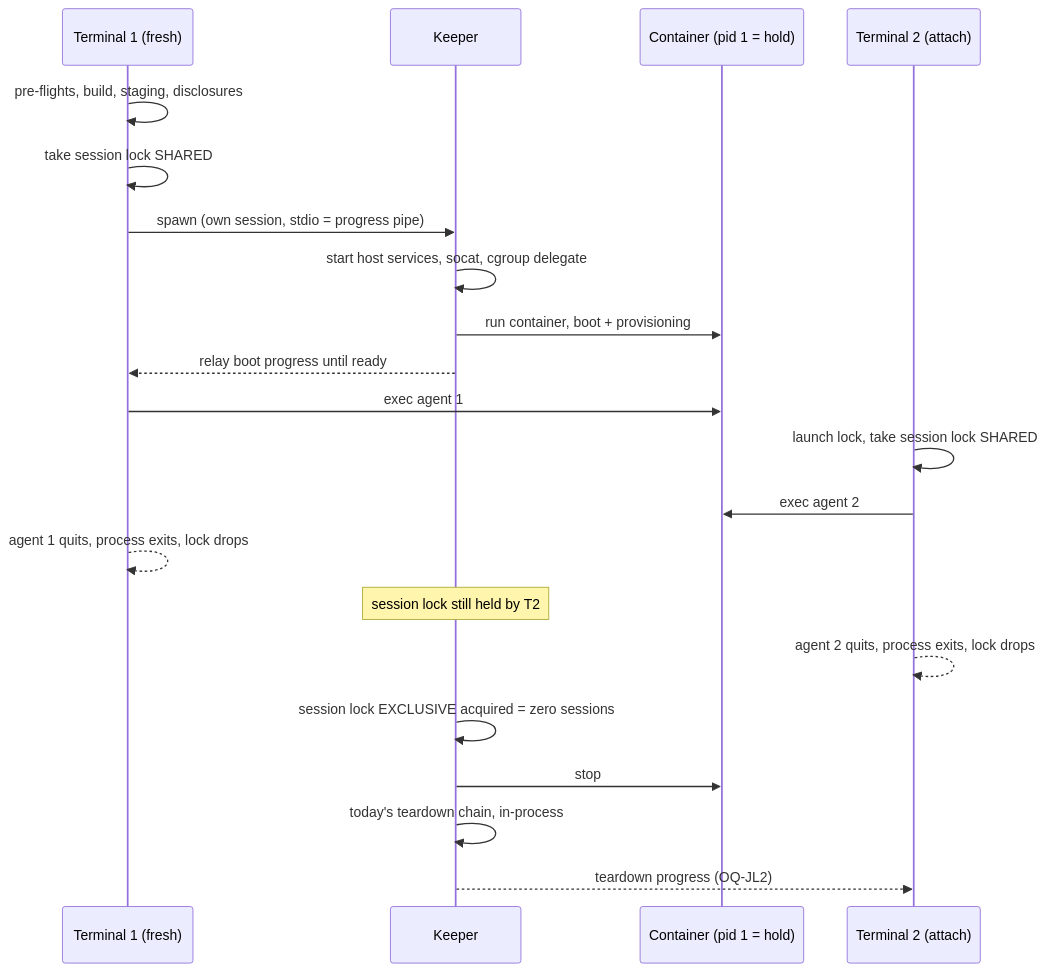
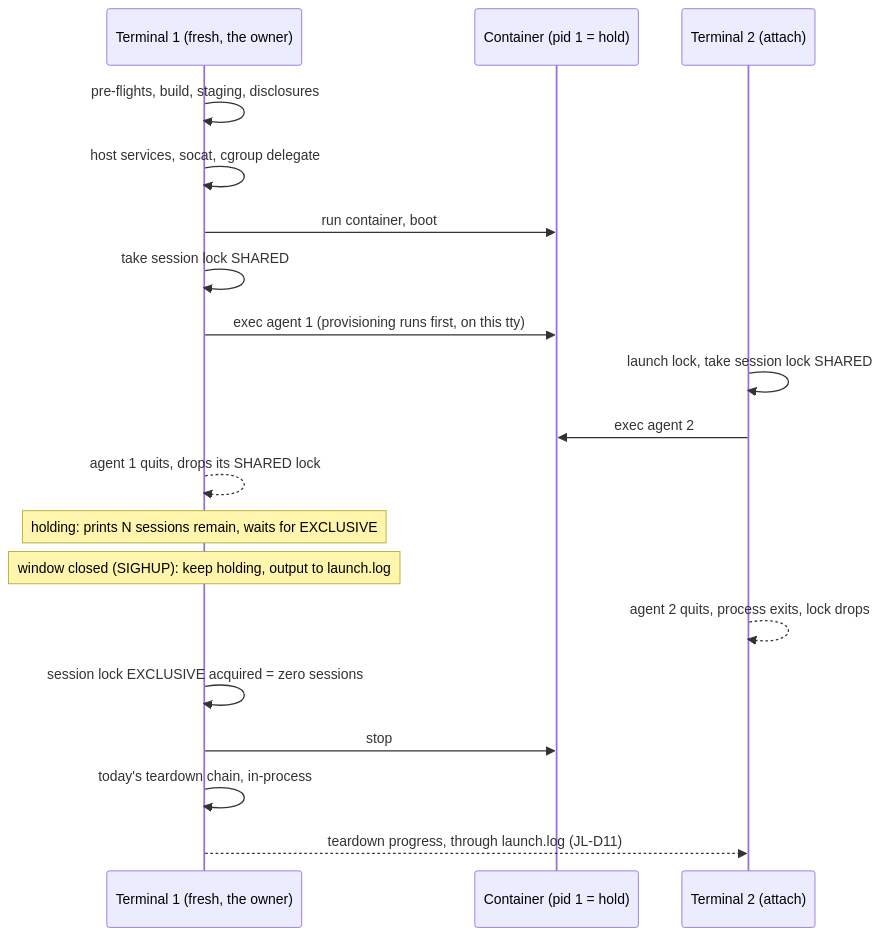
The first of 2 diagrams in docs/design/jail-lifetime-last-session-wins.md (mschulkind-oss/yolo-jail), drawn with Mermaid before and after one commit. The commit also changed other lines of this file and 2 other files, not shown here.

First line of the commit message:
docs(design): apply review to last-session-wins (holding launcher leans over keeper; ledger JL2-JL4 as forced decisions)

````diff
--- a/docs/design/jail-lifetime-last-session-wins.md
+++ b/docs/design/jail-lifetime-last-session-wins.md
@@ -217,23 +285,21 @@
 ```mermaid
 sequenceDiagram
-    participant T1 as Terminal 1 (fresh)
-    participant K as Keeper
+    participant T1 as Terminal 1 (fresh, the owner)
     participant C as Container (pid 1 = hold)
     participant T2 as Terminal 2 (attach)
     T1->>T1: pre-flights, build, staging, disclosures
+    T1->>T1: host services, socat, cgroup delegate
+    T1->>C: run container, boot
     T1->>T1: take session lock SHARED
-    T1->>K: spawn (own session, stdio = progress pipe)
-    K->>K: start host services, socat, cgroup delegate
-    K->>C: run container, boot + provisioning
-    K-->>T1: relay boot progress until ready
-    T1->>C: exec agent 1
+    T1->>C: exec agent 1 (provisioning runs first, on this tty)
     T2->>T2: launch lock, take session lock SHARED
     T2->>C: exec agent 2
-    T1-->>T1: agent 1 quits, process exits, lock drops
-    Note over K: session lock still held by T2
+    T1-->>T1: agent 1 quits, drops its SHARED lock
+    Note over T1: holding: prints N sessions remain, waits for EXCLUSIVE
+    Note over T1: window closed (SIGHUP): keep holding, output to launch.log
     T2-->>T2: agent 2 quits, process exits, lock drops
-    K->>K: session lock EXCLUSIVE acquired = zero sessions
-    K->>C: stop
-    K->>K: today's teardown chain, in-process
-    K-->>T2: teardown progress (OQ-JL2)
+    T1->>T1: session lock EXCLUSIVE acquired = zero sessions
+    T1->>C: stop
+    T1->>T1: today's teardown chain, in-process
+    T1-->>T2: teardown progress, through launch.log (JL-D11)
 ```
````
